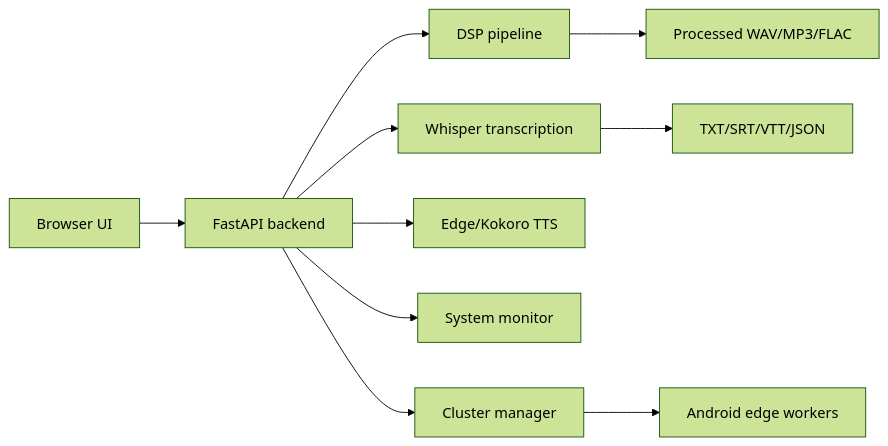
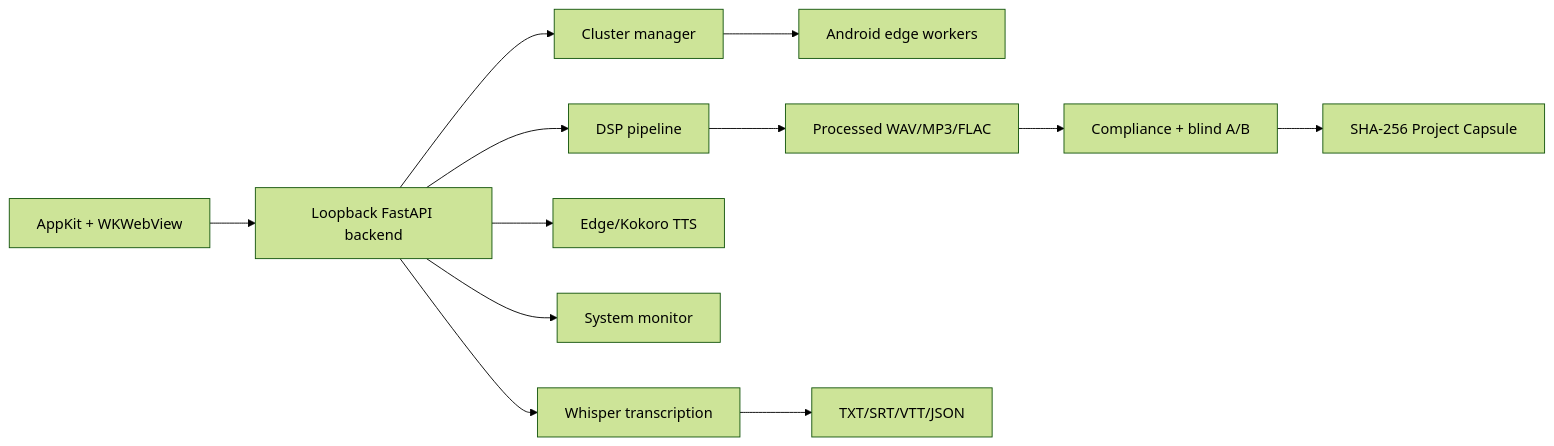
Before and after one commit to sev7enITA/AudioEnhancerMAX: the diagram in README.md, drawn with Mermaid (forest theme). The commit also changed other lines of this file and 98 other files, not shown here.

````diff
--- a/README.md
+++ b/README.md
@@ -123,12 +127,14 @@
 ```mermaid
 flowchart LR
-    Browser["Browser UI"] --> API["FastAPI backend"]
+    Native["AppKit + WKWebView"] --> API["Loopback FastAPI backend"]
     API --> DSP["DSP pipeline"]
     API --> STT["Whisper transcription"]
     API --> TTS["Edge/Kokoro TTS"]
     API --> Monitor["System monitor"]
     API --> Cluster["Cluster manager"]
     Cluster --> Android["Android edge workers"]
     DSP --> Output["Processed WAV/MP3/FLAC"]
+    Output --> Review["Compliance + blind A/B"]
+    Review --> Capsule["SHA-256 Project Capsule"]
     STT --> Transcript["TXT/SRT/VTT/JSON"]
 ```
````
